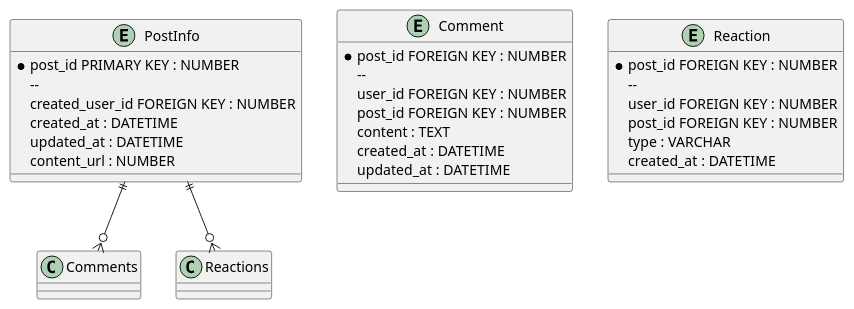
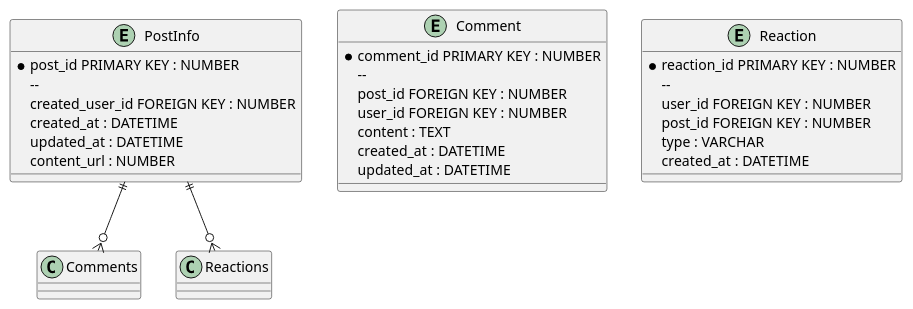
The diagram in docs/post_service.puml (Doughnutik/SOA-HSE), drawn with PlantUML before and after one commit. The commit also changed 1 other file, not shown here.

Commit message:
сделал описание к post_service

```diff
--- a/docs/post_service.puml
+++ b/docs/post_service.puml
@@ -1,34 +1,34 @@
 @startuml
 
 entity "PostInfo" {
 	* post_id PRIMARY KEY : NUMBER
   	--
   	created_user_id FOREIGN KEY : NUMBER
 	created_at : DATETIME
 	updated_at : DATETIME
 	content_url : NUMBER
 }
 
 entity "Comment" {
-	* post_id FOREIGN KEY : NUMBER
+	* comment_id PRIMARY KEY : NUMBER
   	--
+	post_id FOREIGN KEY : NUMBER
   	user_id FOREIGN KEY : NUMBER
-	post_id FOREIGN KEY : NUMBER
 	content : TEXT
 	created_at : DATETIME
 	updated_at : DATETIME
 }
 
 entity "Reaction" {
-	* post_id FOREIGN KEY : NUMBER
+	* reaction_id PRIMARY KEY : NUMBER
   	--
   	user_id FOREIGN KEY : NUMBER
 	post_id FOREIGN KEY : NUMBER
 	type : VARCHAR
 	created_at : DATETIME
 }
 
 PostInfo ||--o{ Comments
 PostInfo ||--o{ Reactions
   
 @enduml
```
